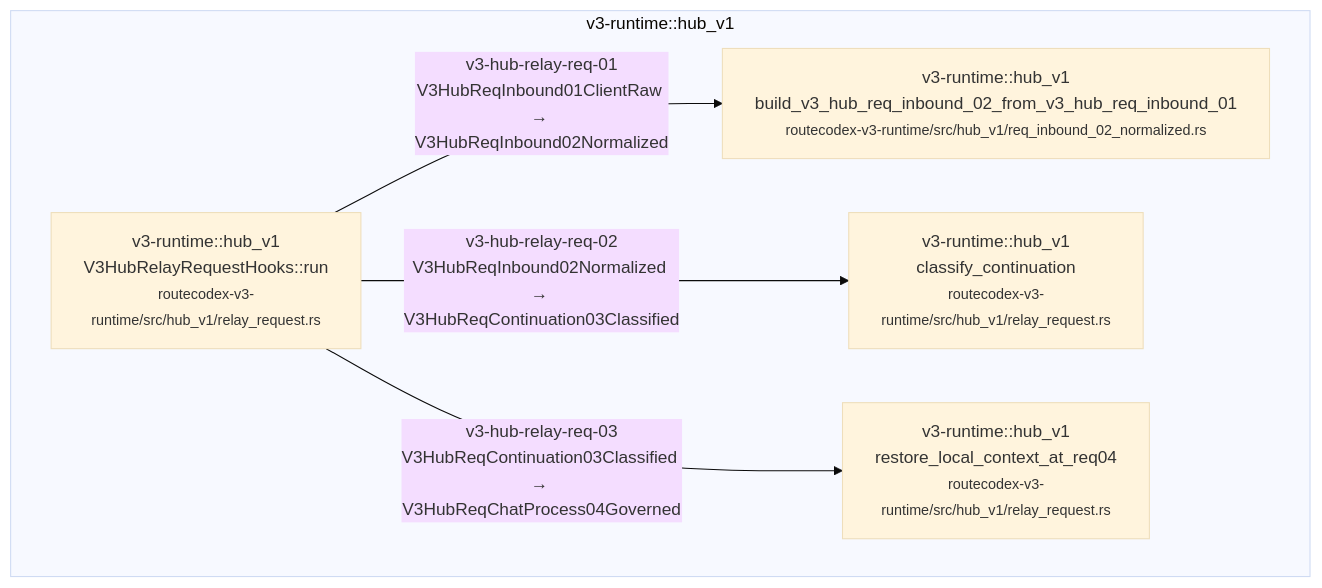
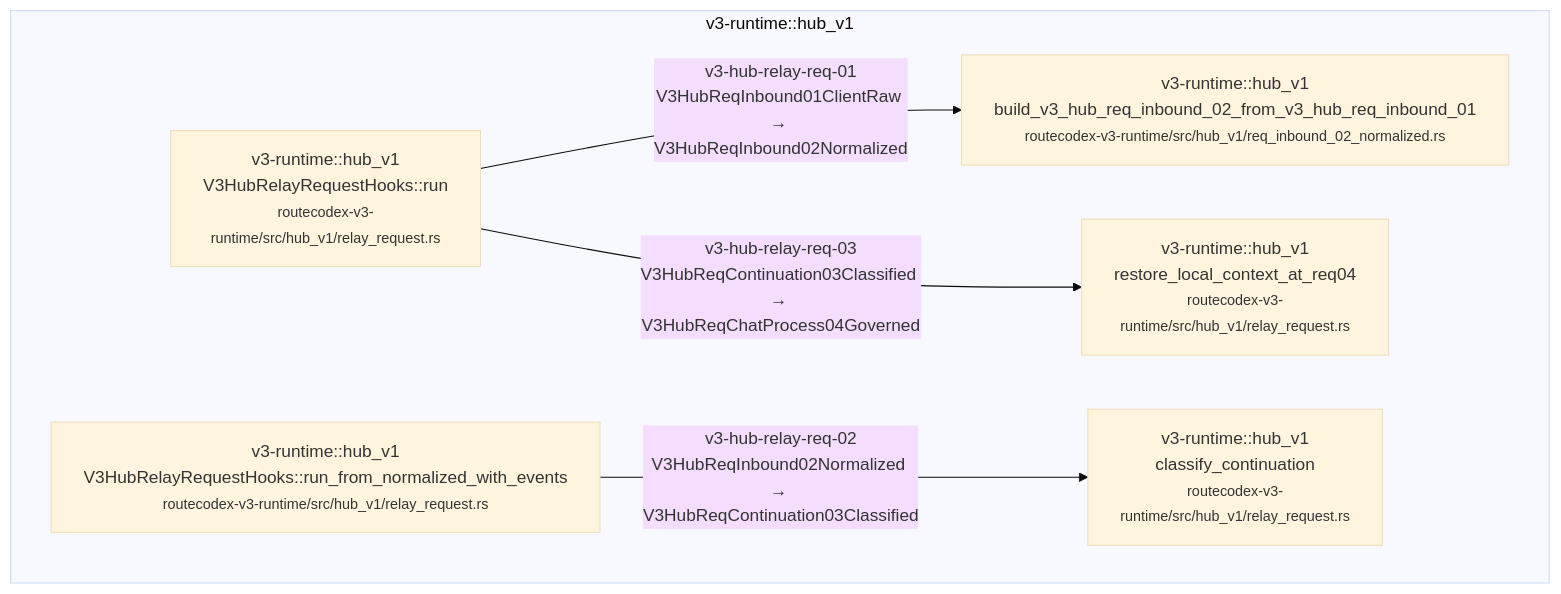
One commit to Jasonzhangf/routecodex changed diagram 13 of 53 in docs/architecture/wiki/v3-mainline-caller-flow.md. Above: the diagram before and after it, drawn with Mermaid (base theme). The commit also changed other lines of this file and 10 other files, not shown here.

````diff
--- a/docs/architecture/wiki/v3-mainline-caller-flow.md
+++ b/docs/architecture/wiki/v3-mainline-caller-flow.md
@@ -539,12 +539,13 @@
 ```mermaid
 flowchart TD
   subgraph c_11_v3_hub_pipeline_v1_relay_request_source_slice_m_v3_runtime__hub_v1["v3-runtime::hub_v1"]
     c_11_v3_hub_pipeline_v1_relay_request_source_slice_0["v3-runtime::hub_v1<br/>V3HubRelayRequestHooks::run<br/><small>routecodex-v3-runtime/src/hub_v1/relay_request.rs</small>"]
     c_11_v3_hub_pipeline_v1_relay_request_source_slice_1["v3-runtime::hub_v1<br/>build_v3_hub_req_inbound_02_from_v3_hub_req_inbound_01<br/><small>routecodex-v3-runtime/src/hub_v1/req_inbound_02_normalized.rs</small>"]
-    c_11_v3_hub_pipeline_v1_relay_request_source_slice_2["v3-runtime::hub_v1<br/>classify_continuation<br/><small>routecodex-v3-runtime/src/hub_v1/relay_request.rs</small>"]
-    c_11_v3_hub_pipeline_v1_relay_request_source_slice_3["v3-runtime::hub_v1<br/>restore_local_context_at_req04<br/><small>routecodex-v3-runtime/src/hub_v1/relay_request.rs</small>"]
+    c_11_v3_hub_pipeline_v1_relay_request_source_slice_2["v3-runtime::hub_v1<br/>V3HubRelayRequestHooks::run_from_normalized_with_events<br/><small>routecodex-v3-runtime/src/hub_v1/relay_request.rs</small>"]
+    c_11_v3_hub_pipeline_v1_relay_request_source_slice_3["v3-runtime::hub_v1<br/>classify_continuation<br/><small>routecodex-v3-runtime/src/hub_v1/relay_request.rs</small>"]
+    c_11_v3_hub_pipeline_v1_relay_request_source_slice_4["v3-runtime::hub_v1<br/>restore_local_context_at_req04<br/><small>routecodex-v3-runtime/src/hub_v1/relay_request.rs</small>"]
   end
   c_11_v3_hub_pipeline_v1_relay_request_source_slice_0 -->|v3-hub-relay-req-01<br/>V3HubReqInbound01ClientRaw → V3HubReqInbound02Normalized| c_11_v3_hub_pipeline_v1_relay_request_source_slice_1
-  c_11_v3_hub_pipeline_v1_relay_request_source_slice_0 -->|v3-hub-relay-req-02<br/>V3HubReqInbound02Normalized → V3HubReqContinuation03Classified| c_11_v3_hub_pipeline_v1_relay_request_source_slice_2
-  c_11_v3_hub_pipeline_v1_relay_request_source_slice_0 -->|v3-hub-relay-req-03<br/>V3HubReqContinuation03Classified → V3HubReqChatProcess04Governed| c_11_v3_hub_pipeline_v1_relay_request_source_slice_3
+  c_11_v3_hub_pipeline_v1_relay_request_source_slice_2 -->|v3-hub-relay-req-02<br/>V3HubReqInbound02Normalized → V3HubReqContinuation03Classified| c_11_v3_hub_pipeline_v1_relay_request_source_slice_3
+  c_11_v3_hub_pipeline_v1_relay_request_source_slice_0 -->|v3-hub-relay-req-03<br/>V3HubReqContinuation03Classified → V3HubReqChatProcess04Governed| c_11_v3_hub_pipeline_v1_relay_request_source_slice_4
 ```
````
